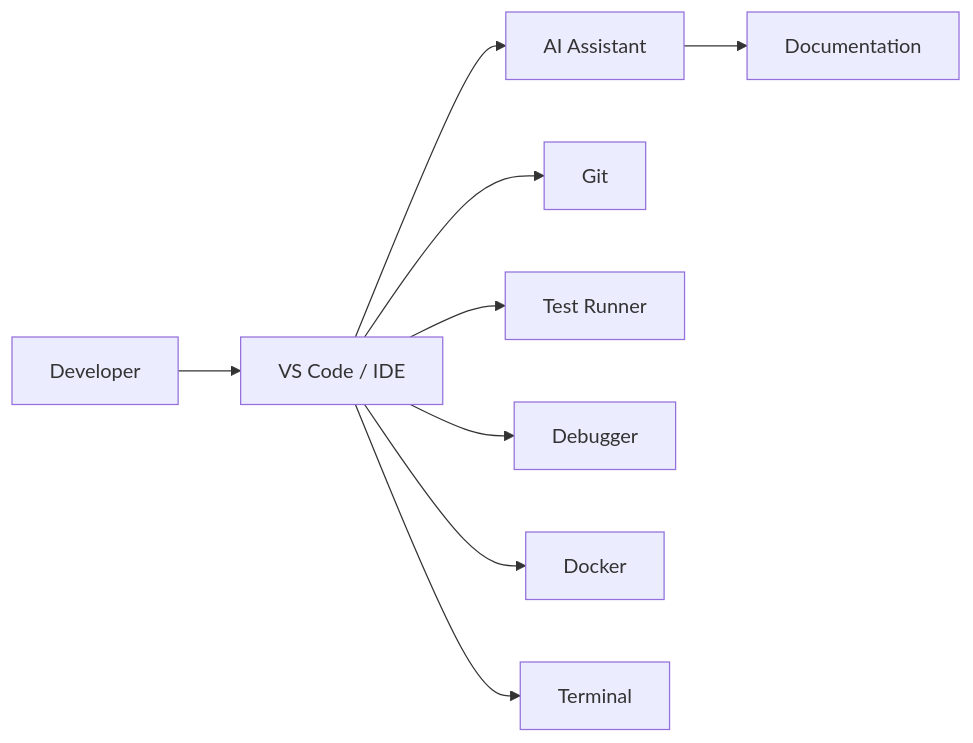
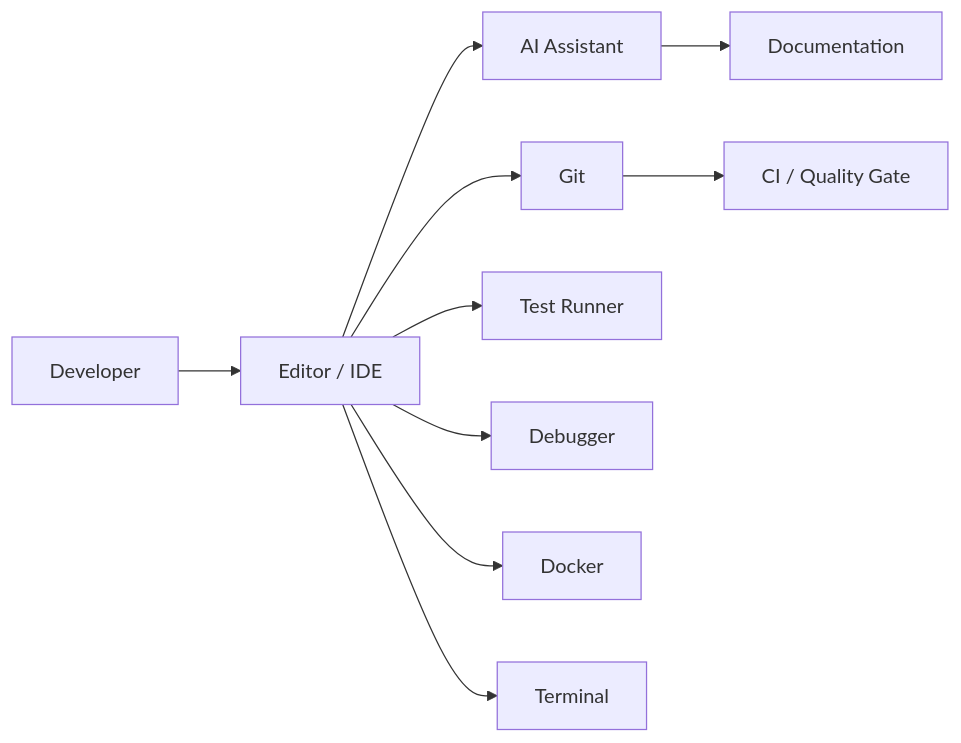
The diagram in chapters/01-foundations/05-building-your-ai-assisted-development-environment.md (ashwinkrpi/ai-assisted-development-book), drawn with Mermaid before and after one commit. The commit also changed other lines of this file and 65 other files, not shown here.

````diff
--- a/chapters/01-foundations/05-building-your-ai-assisted-development-environment.md
+++ b/chapters/01-foundations/05-building-your-ai-assisted-development-environment.md
@@ -39,12 +26,13 @@
 ```mermaid
 flowchart LR
 A[Developer]
-A-->B[VS Code / IDE]
-B-->C[AI Assistant]
-B-->D[Git]
-B-->E[Test Runner]
-B-->F[Debugger]
-B-->G[Docker]
-B-->H[Terminal]
-C-->I[Documentation]
+A --> B[Editor / IDE]
+B --> C[AI Assistant]
+B --> D[Git]
+B --> E[Test Runner]
+B --> F[Debugger]
+B --> G[Docker]
+B --> H[Terminal]
+C --> I[Documentation]
+D --> J[CI / Quality Gate]
 ```
````
